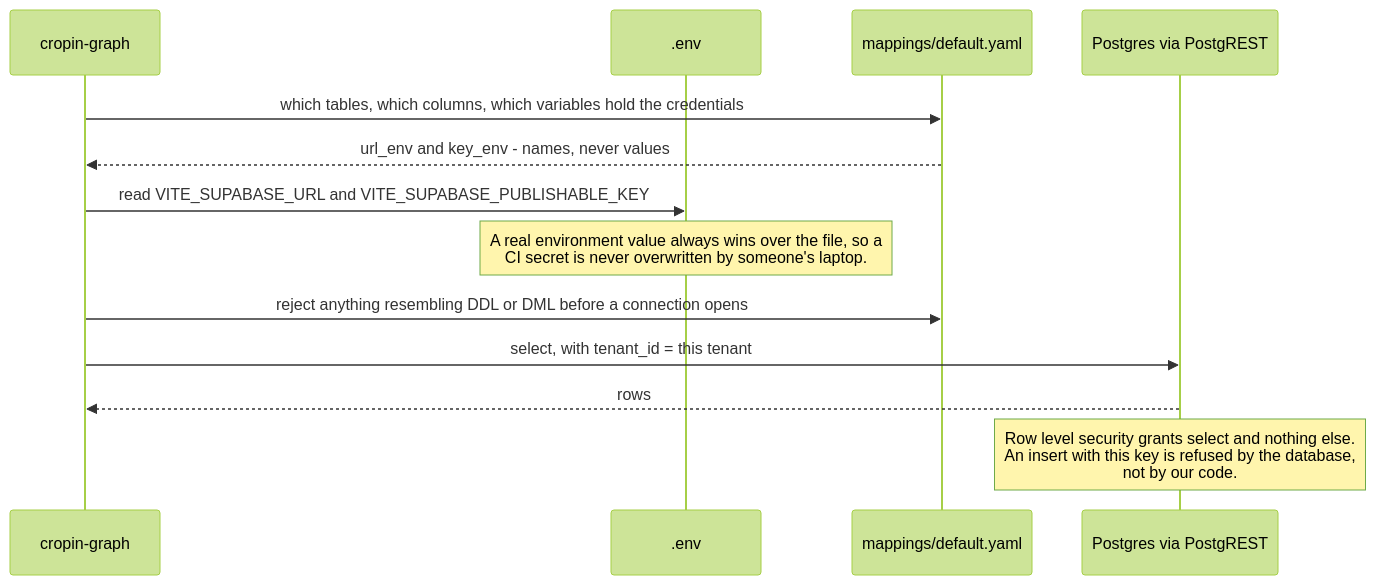
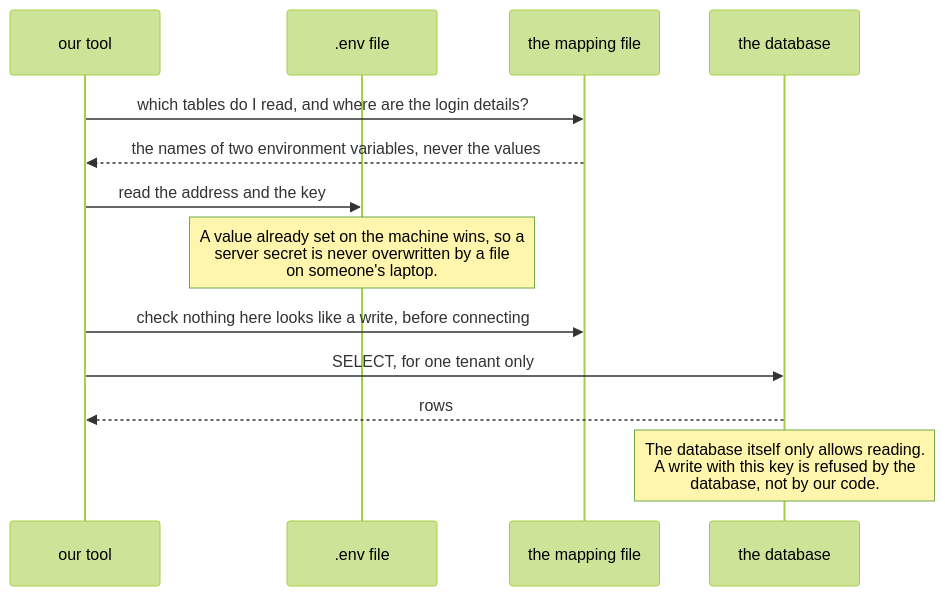
Before and after one commit to Prakhar-30/cropin-knowledge-graph: the second of 10 diagrams in docs/HOW-IT-WORKS.md, drawn with Mermaid (forest theme). The commit also changed other lines of this file and 21 other files, not shown here.

````diff
--- a/docs/HOW-IT-WORKS.md
+++ b/docs/HOW-IT-WORKS.md
@@ -143,16 +152,16 @@
 ```mermaid
 sequenceDiagram
-    participant CLI as cropin-graph
-    participant Env as .env
-    participant Map as mappings/default.yaml
-    participant PG as Postgres via PostgREST
+    participant CLI as our tool
+    participant Env as .env file
+    participant Map as the mapping file
+    participant PG as the database
 
-    CLI->>Map: which tables, which columns, which variables hold the credentials
-    Map-->>CLI: url_env and key_env - names, never values
-    CLI->>Env: read VITE_SUPABASE_URL and VITE_SUPABASE_PUBLISHABLE_KEY
-    Note over Env: A real environment value always wins over the file, so a<br/>CI secret is never overwritten by someone's laptop.
-    CLI->>Map: reject anything resembling DDL or DML before a connection opens
-    CLI->>PG: select, with tenant_id = this tenant
+    CLI->>Map: which tables do I read, and where are the login details?
+    Map-->>CLI: the names of two environment variables, never the values
+    CLI->>Env: read the address and the key
+    Note over Env: A value already set on the machine wins, so a<br/>server secret is never overwritten by a file<br/>on someone's laptop.
+    CLI->>Map: check nothing here looks like a write, before connecting
+    CLI->>PG: SELECT, for one tenant only
     PG-->>CLI: rows
-    Note over PG: Row level security grants select and nothing else.<br/>An insert with this key is refused by the database,<br/>not by our code.
+    Note over PG: The database itself only allows reading.<br/>A write with this key is refused by the<br/>database, not by our code.
 ```
````
